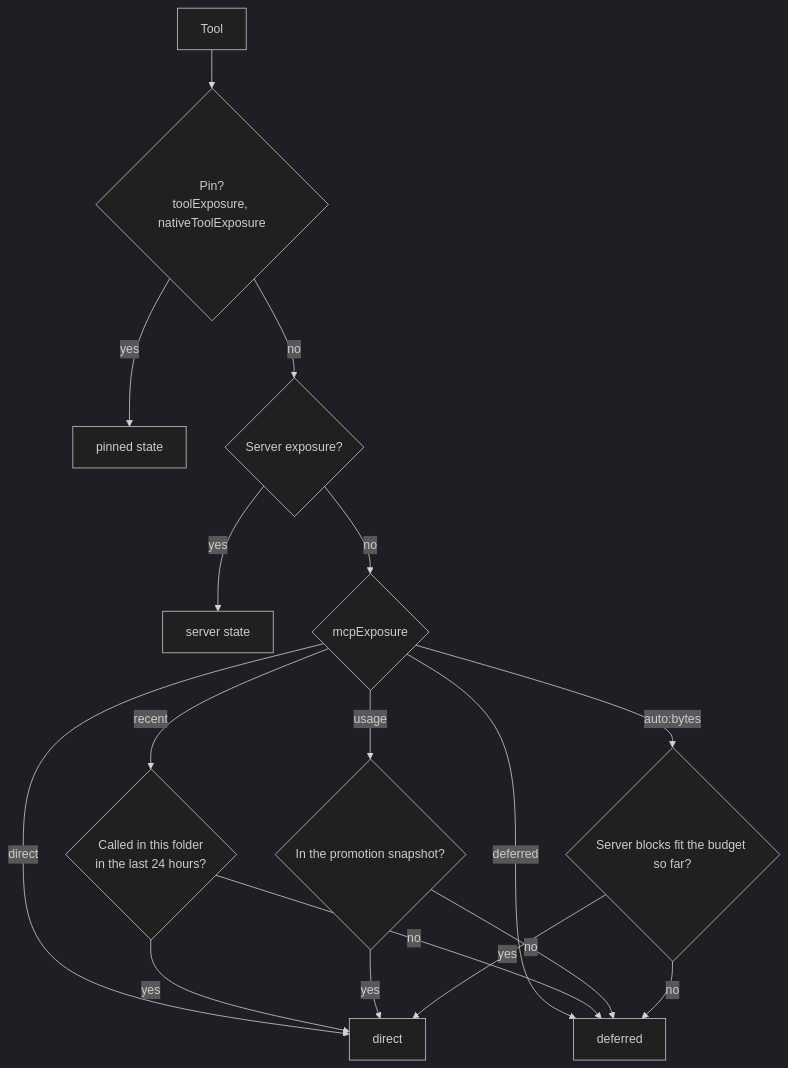
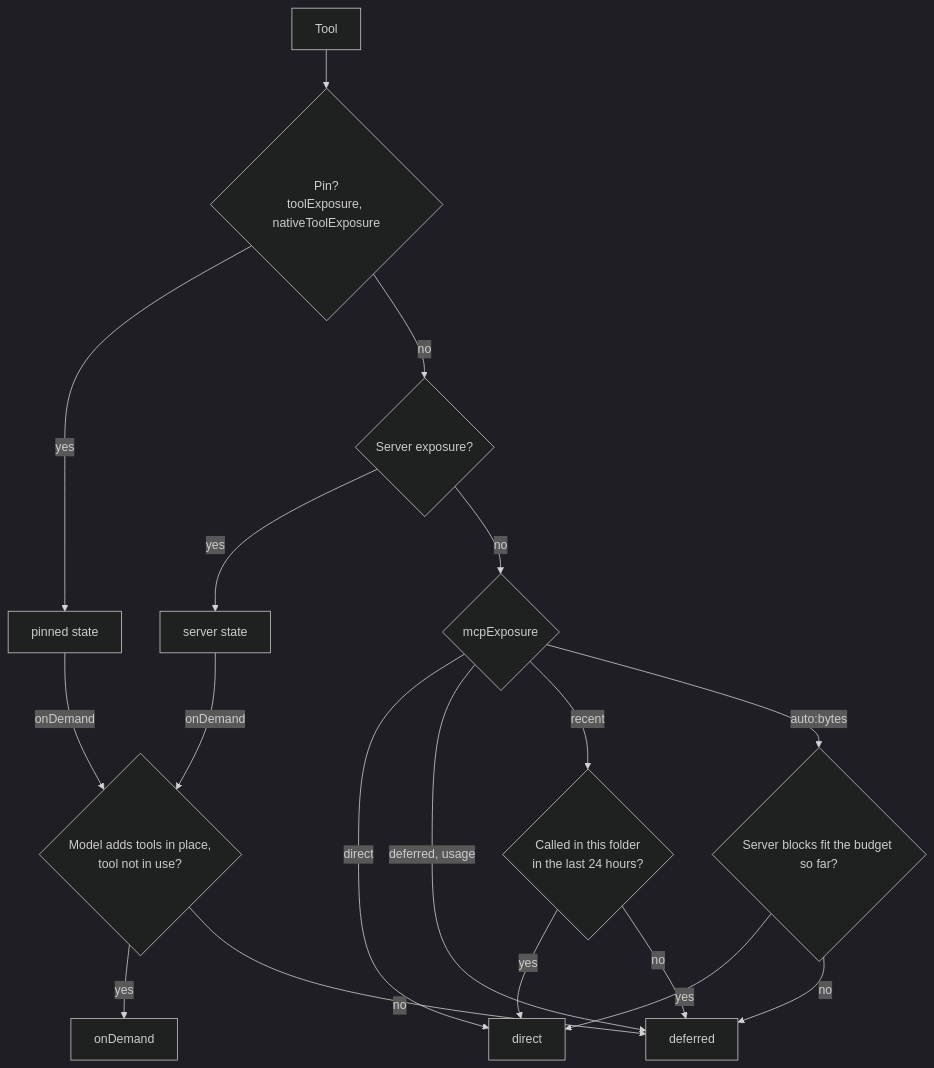
The fifth of 8 diagrams in packages/coding-agent/docs/harness-flows.md (bgauryy/octocode-coding-agent), drawn with Mermaid (dark theme) before and after one commit. The commit also changed other lines of this file and 781 other files, not shown here.

````diff
--- a/packages/coding-agent/docs/harness-flows.md
+++ b/packages/coding-agent/docs/harness-flows.md
@@ -112,19 +113,20 @@
 ```mermaid
 flowchart TD
     Q["Tool"] --> P1{"Pin?<br/>toolExposure, nativeToolExposure"}
     P1 -- yes --> R1["pinned state"]
     P1 -- no --> P2{"Server exposure?"}
     P2 -- yes --> R2["server state"]
     P2 -- no --> M{"mcpExposure"}
     M -- direct --> D["direct"]
-    M -- deferred --> F["deferred"]
+    M -- "deferred, usage" --> F["deferred"]
     M -- recent --> U{"Called in this folder<br/>in the last 24 hours?"}
     U -- yes --> D
     U -- no --> F
-    M -- usage --> N{"In the promotion snapshot?"}
-    N -- yes --> D
-    N -- no --> F
     M -- "auto:bytes" --> A{"Server blocks fit the budget so far?"}
     A -- yes --> D
     A -- no --> F
+    R1 -- onDemand --> O{"Model adds tools in place,<br/>tool not in use?"}
+    R2 -- onDemand --> O
+    O -- yes --> OD["onDemand"]
+    O -- no --> F
 ```
````
